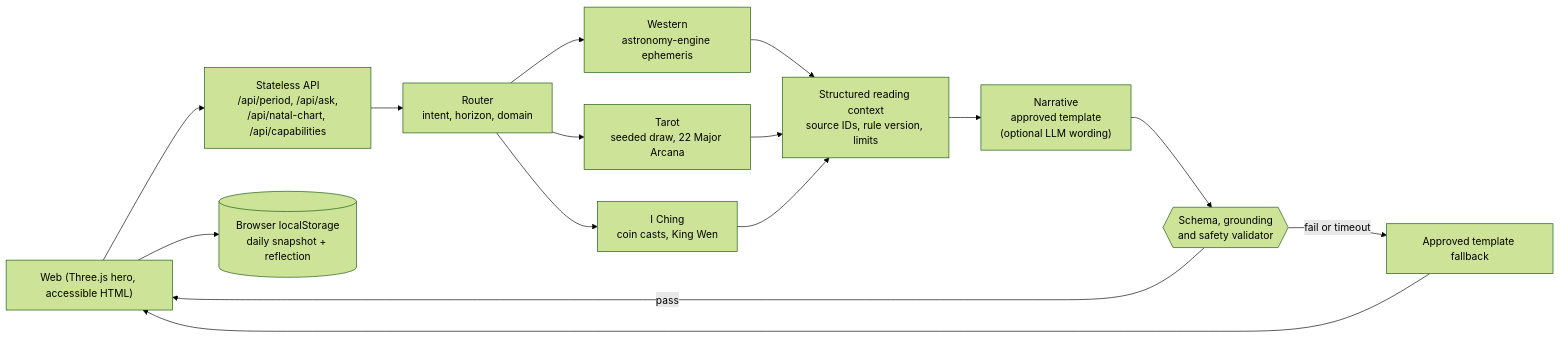
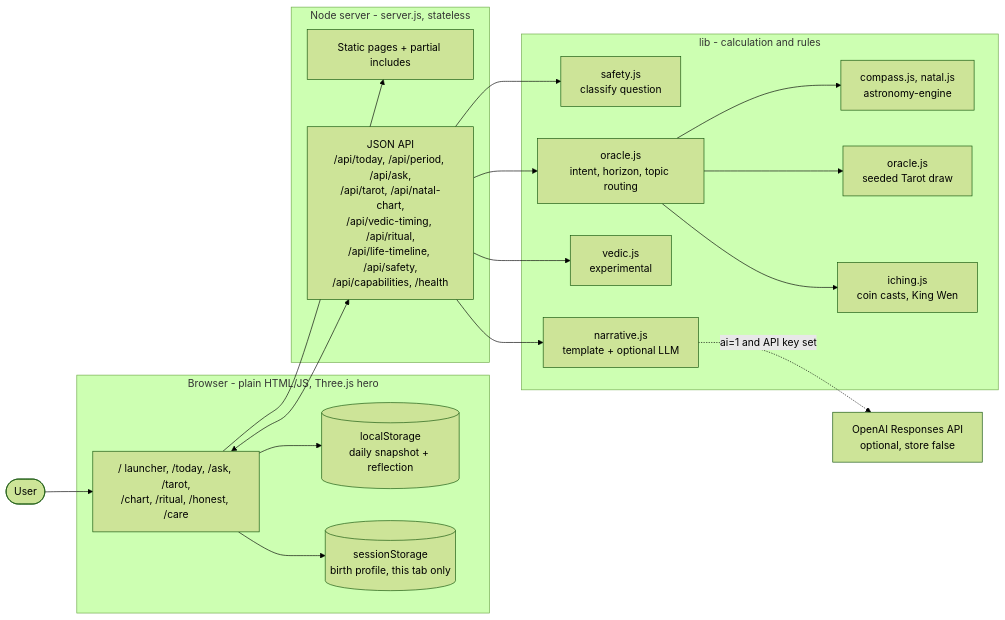
Before and after one commit to Dxrksvng/AIdailyFortune: the first of 5 diagrams in README.md, drawn with Mermaid (forest theme). The commit also changed other lines of this file, not shown here.

Commit message:
docs: rewrite README with architecture, flows and tech stack (#2)

````diff
--- a/README.md
+++ b/README.md
@@ -21,17 +100,41 @@
 ```mermaid
 flowchart LR
-    W["Web (Three.js hero, accessible HTML)"] --> API["Stateless API\n/api/period, /api/ask,\n/api/natal-chart, /api/capabilities"]
-    API --> R["Router\nintent, horizon, domain"]
-    R --> M1["Western\nastronomy-engine ephemeris"]
-    R --> M2["Tarot\nseeded draw, 22 Major Arcana"]
-    R --> M3["I Ching\ncoin casts, King Wen"]
-    M1 --> C["Structured reading context\nsource IDs, rule version, limits"]
-    M2 --> C
-    M3 --> C
-    C --> N["Narrative\napproved template\n(optional LLM wording)"]
-    N --> V{{"Schema, grounding\nand safety validator"}}
-    V -- "pass" --> W
-    V -- "fail or timeout" --> T["Approved template fallback"]
-    T --> W
-    W --> L[("Browser localStorage\ndaily snapshot + reflection")]
+    User(["User"])
+
+    subgraph Web["Browser - plain HTML/JS, Three.js hero"]
+        Pages["/ launcher, /today, /ask, /tarot,\n/chart, /ritual, /honest, /care"]
+        LS[("localStorage\ndaily snapshot + reflection")]
+        SS[("sessionStorage\nbirth profile, this tab only")]
+    end
+
+    subgraph Srv["Node server - server.js, stateless"]
+        Static["Static pages + partial includes"]
+        API["JSON API\n/api/today, /api/period, /api/ask,\n/api/tarot, /api/natal-chart,\n/api/vedic-timing, /api/ritual,\n/api/life-timeline, /api/safety,\n/api/capabilities, /health"]
+    end
+
+    subgraph Lib["lib - calculation and rules"]
+        Safety["safety.js\nclassify question"]
+        Router["oracle.js\nintent, horizon, topic routing"]
+        West["compass.js, natal.js\nastronomy-engine"]
+        Tarot["oracle.js\nseeded Tarot draw"]
+        Ching["iching.js\ncoin casts, King Wen"]
+        Ved["vedic.js\nexperimental"]
+        Narr["narrative.js\ntemplate + optional LLM"]
+    end
+
+    OAI["OpenAI Responses API\noptional, store false"]
+
+    User --> Pages
+    Pages --> Static
+    Pages <--> API
+    Pages --> LS
+    Pages --> SS
+    API --> Safety
+    API --> Router
+    Router --> West
+    Router --> Tarot
+    Router --> Ching
+    API --> Ved
+    API --> Narr
+    Narr -. "ai=1 and API key set" .-> OAI
 ```
````
